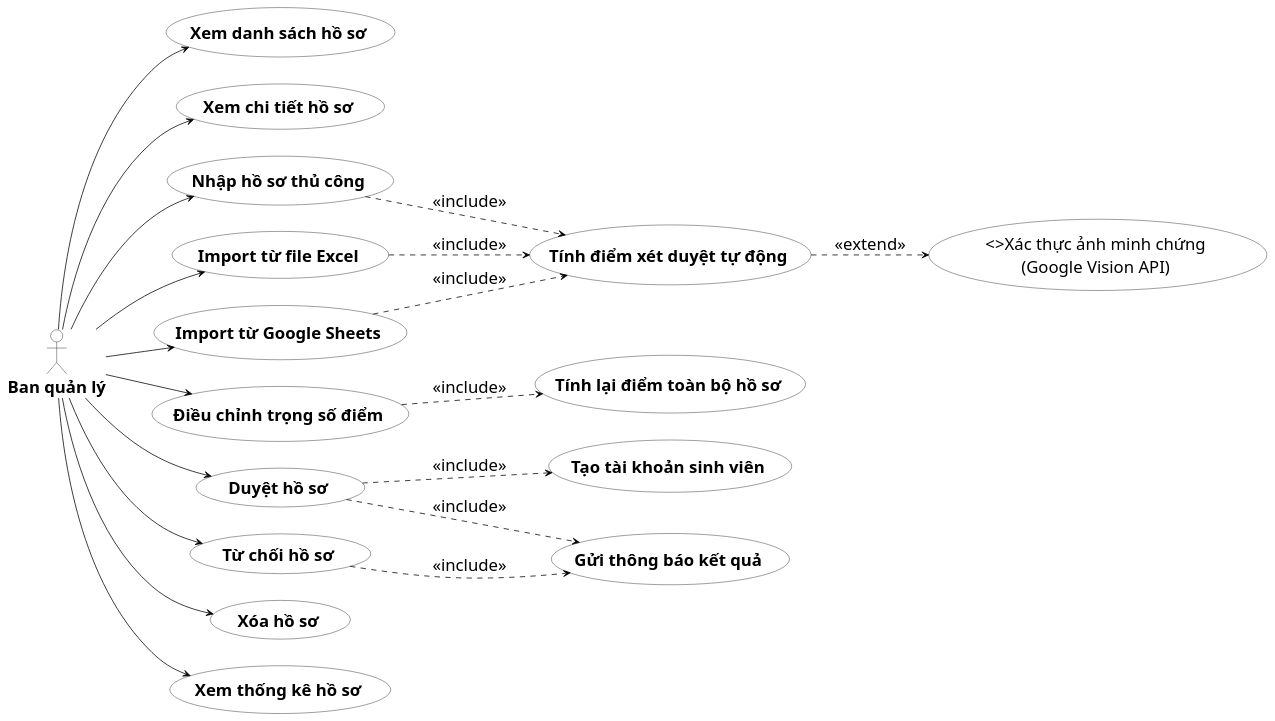
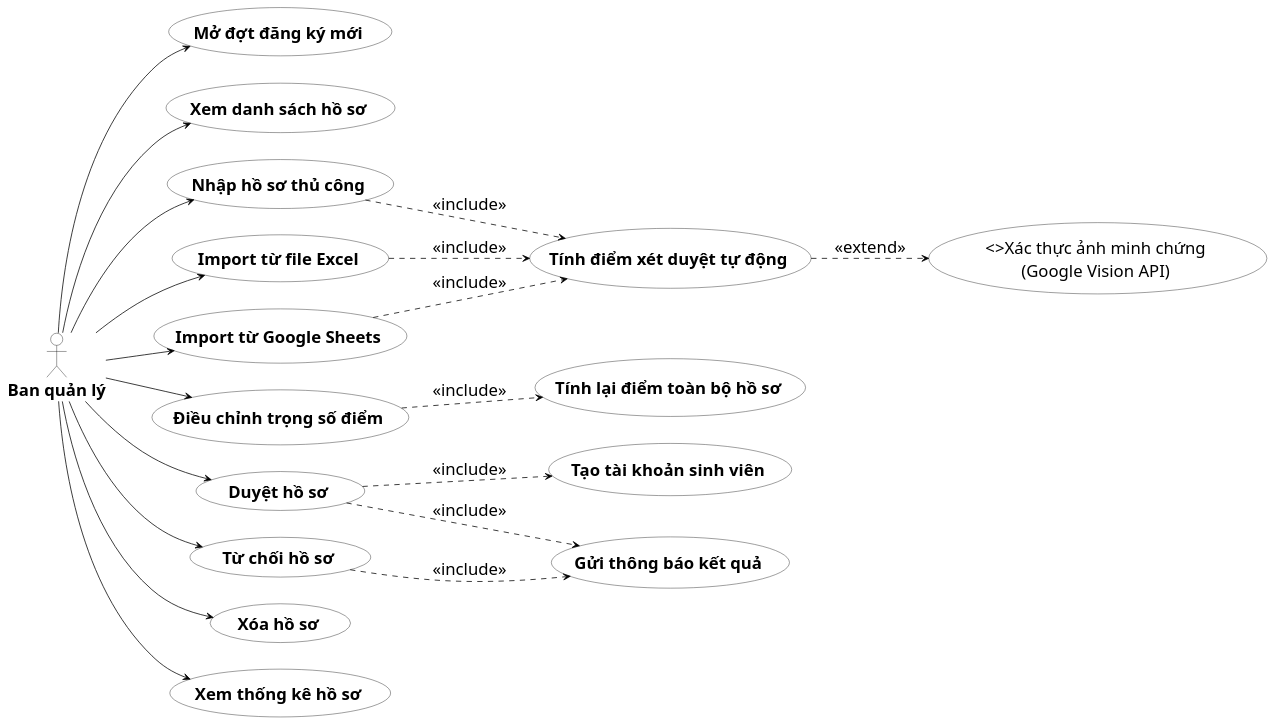
The diagram in diagrams/usecase_phanra/uc_hosodangky.puml (s0nbuildtech287/dormitory-frontend), drawn with PlantUML before and after one commit. The commit also changed 4 other files, not shown here.

```diff
--- a/diagrams/usecase_phanra/uc_hosodangky.puml
+++ b/diagrams/usecase_phanra/uc_hosodangky.puml
@@ -1,54 +1,54 @@
 @startuml "UC Phân rã - Quản lý hồ sơ đăng ký"
 skinparam defaultFontSize 22
 skinparam defaultFontName "Times New Roman"
 left to right direction
 skinparam usecase {
   BackgroundColor White
   BorderColor Black
 }
 skinparam actor {
   BackgroundColor White
   BorderColor Black
 }
 skinparam ArrowColor Black
 skinparam ArrowThickness 1
 skinparam shadowing false
 
 actor "<b>Ban quản lý</b>" as Admin
 
-usecase "<b>Xem danh sách hồ sơ</b>" as UC1
-usecase "<b>Xem chi tiết hồ sơ</b>" as UC2
+usecase "<b>Mở đợt đăng ký mới</b>" as UC1
+usecase "<b>Xem danh sách hồ sơ</b>" as UC2
 usecase "<b>Nhập hồ sơ thủ công</b>" as UC3
 usecase "<b>Import từ file Excel</b>" as UC4
 usecase "<b>Import từ Google Sheets</b>" as UC5
 usecase "<b>Tính điểm xét duyệt tự động</b>" as UC6
 usecase "<>Xác thực ảnh minh chứng\n(Google Vision API)" as UC7
 usecase "<b>Điều chỉnh trọng số điểm</b>" as UC8
 usecase "<b>Tính lại điểm toàn bộ hồ sơ</b>" as UC9
 usecase "<b>Duyệt hồ sơ</b>" as UC10
 usecase "<b>Từ chối hồ sơ</b>" as UC11
 usecase "<b>Xóa hồ sơ</b>" as UC12
 usecase "<b>Xem thống kê hồ sơ</b>" as UC13
 usecase "<b>Gửi thông báo kết quả</b>" as UC14
 usecase "<b>Tạo tài khoản sinh viên</b>" as UC15
 
 UC3 ..> UC6 : <<include>>
 UC4 ..> UC6 : <<include>>
 UC5 ..> UC6 : <<include>>
 UC6 ..> UC7 : <<extend>>
 UC8 ..> UC9 : <<include>>
 UC10 ..> UC14 : <<include>>
 UC11 ..> UC14 : <<include>>
 UC10 ..> UC15 : <<include>>
 
 Admin --> UC1
 Admin --> UC2
 Admin --> UC3
 Admin --> UC4
 Admin --> UC5
 Admin --> UC8
 Admin --> UC10
 Admin --> UC11
 Admin --> UC12
 Admin --> UC13
 @enduml
```
